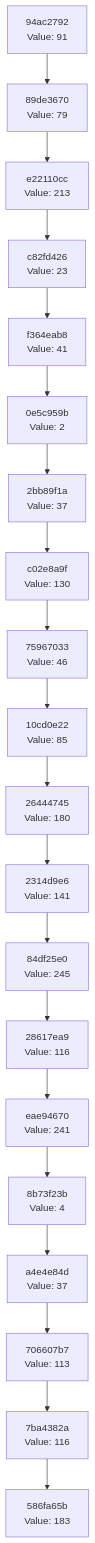
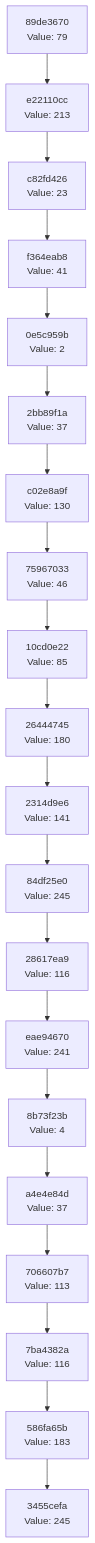
One commit to Abhisheksinha1506/hash-chain-evolver changed the diagram in docs/CHAIN_VISUALIZATION.md. Above: the diagram before and after it, drawn with Mermaid. The commit also changed 3 other files, not shown here.

````diff
--- a/docs/CHAIN_VISUALIZATION.md
+++ b/docs/CHAIN_VISUALIZATION.md
@@ -3,42 +3,42 @@
 ```mermaid
 graph TD
-    C0["586fa65b<br/>Value: 183"]
-    C1["7ba4382a<br/>Value: 116"]
+    C0["3455cefa<br/>Value: 245"]
+    C1["586fa65b<br/>Value: 183"]
     C1 --> C0
-    C2["706607b7<br/>Value: 113"]
+    C2["7ba4382a<br/>Value: 116"]
     C2 --> C1
-    C3["a4e4e84d<br/>Value: 37"]
+    C3["706607b7<br/>Value: 113"]
     C3 --> C2
-    C4["8b73f23b<br/>Value: 4"]
+    C4["a4e4e84d<br/>Value: 37"]
     C4 --> C3
-    C5["eae94670<br/>Value: 241"]
+    C5["8b73f23b<br/>Value: 4"]
     C5 --> C4
-    C6["28617ea9<br/>Value: 116"]
+    C6["eae94670<br/>Value: 241"]
     C6 --> C5
-    C7["84df25e0<br/>Value: 245"]
+    C7["28617ea9<br/>Value: 116"]
     C7 --> C6
-    C8["2314d9e6<br/>Value: 141"]
+    C8["84df25e0<br/>Value: 245"]
     C8 --> C7
-    C9["26444745<br/>Value: 180"]
+    C9["2314d9e6<br/>Value: 141"]
     C9 --> C8
-    C10["10cd0e22<br/>Value: 85"]
+    C10["26444745<br/>Value: 180"]
     C10 --> C9
-    C11["75967033<br/>Value: 46"]
+    C11["10cd0e22<br/>Value: 85"]
     C11 --> C10
-    C12["c02e8a9f<br/>Value: 130"]
+    C12["75967033<br/>Value: 46"]
     C12 --> C11
-    C13["2bb89f1a<br/>Value: 37"]
+    C13["c02e8a9f<br/>Value: 130"]
     C13 --> C12
-    C14["0e5c959b<br/>Value: 2"]
+    C14["2bb89f1a<br/>Value: 37"]
     C14 --> C13
-    C15["f364eab8<br/>Value: 41"]
+    C15["0e5c959b<br/>Value: 2"]
     C15 --> C14
-    C16["c82fd426<br/>Value: 23"]
+    C16["f364eab8<br/>Value: 41"]
     C16 --> C15
-    C17["e22110cc<br/>Value: 213"]
+    C17["c82fd426<br/>Value: 23"]
     C17 --> C16
-    C18["89de3670<br/>Value: 79"]
+    C18["e22110cc<br/>Value: 213"]
     C18 --> C17
-    C19["94ac2792<br/>Value: 91"]
+    C19["89de3670<br/>Value: 79"]
     C19 --> C18
 ```
````
